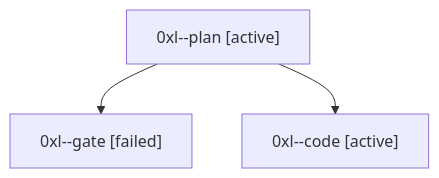
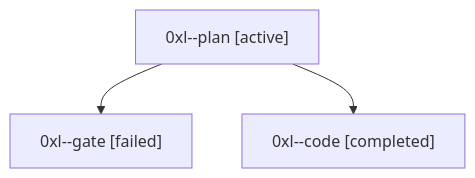
The diagram in sessions/bbugyi200.athena.0xl.md (bobs-org/bob-cli--agents), drawn with Mermaid before and after one commit. The commit also changed other lines of this file and 16 other files, not shown here.

````diff
--- a/sessions/bbugyi200.athena.0xl.md
+++ b/sessions/bbugyi200.athena.0xl.md
@@ -9,8 +9,8 @@
 ```mermaid
 flowchart TD
   n0["0xl--plan [active]"]
   n1["0xl--gate [failed]"]
   n0 --> n1
-  n2["0xl--code [active]"]
+  n2["0xl--code [completed]"]
   n0 --> n2
 ```
````
